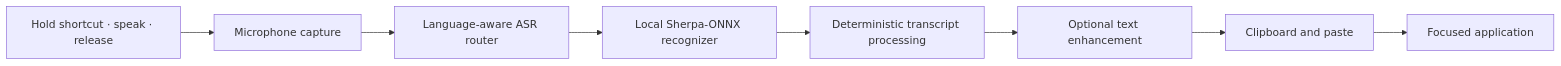
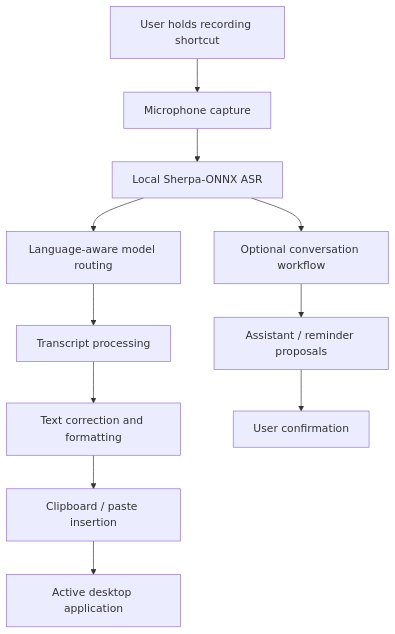
One commit to SolvyrEryx/SayIt changed the diagram in README.md. Above: the diagram before and after it, drawn with Mermaid. The commit also changed other lines of this file, not shown here.

````diff
--- a/README.md
+++ b/README.md
@@ -116,10 +202,14 @@
 ```mermaid
-flowchart LR
-    A["Hold shortcut · speak · release"] --> B[Microphone capture]
-    B --> C[Language-aware ASR router]
-    C --> D[Local Sherpa-ONNX recognizer]
-    D --> E[Deterministic transcript processing]
-    E --> F[Optional text enhancement]
-    F --> G[Clipboard and paste]
-    G --> H[Focused application]
+flowchart TD
+    A["User holds recording shortcut"] --> B["Microphone capture"]
+    B --> C["Local Sherpa-ONNX ASR"]
+    C --> D["Language-aware model routing"]
+    D --> E["Transcript processing"]
+    E --> F["Text correction and formatting"]
+    F --> G["Clipboard / paste insertion"]
+    G --> H["Active desktop application"]
+
+    C --> I["Optional conversation workflow"]
+    I --> J["Assistant / reminder proposals"]
+    J --> K["User confirmation"]
 ```
````
